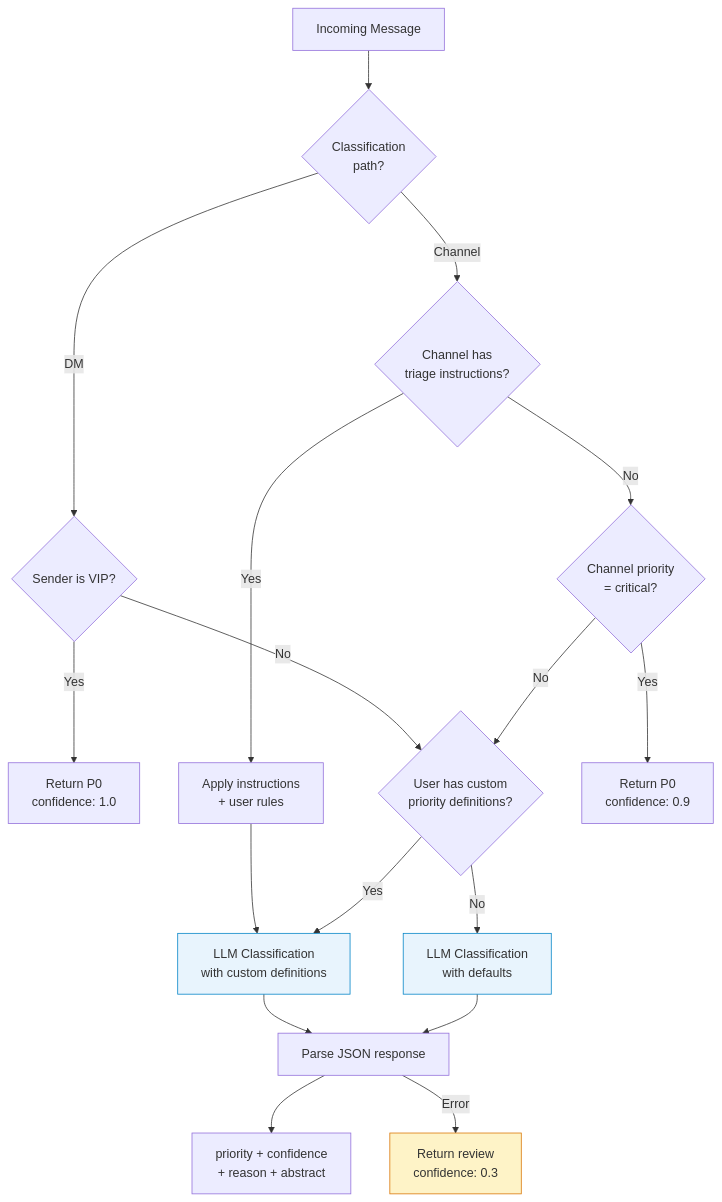
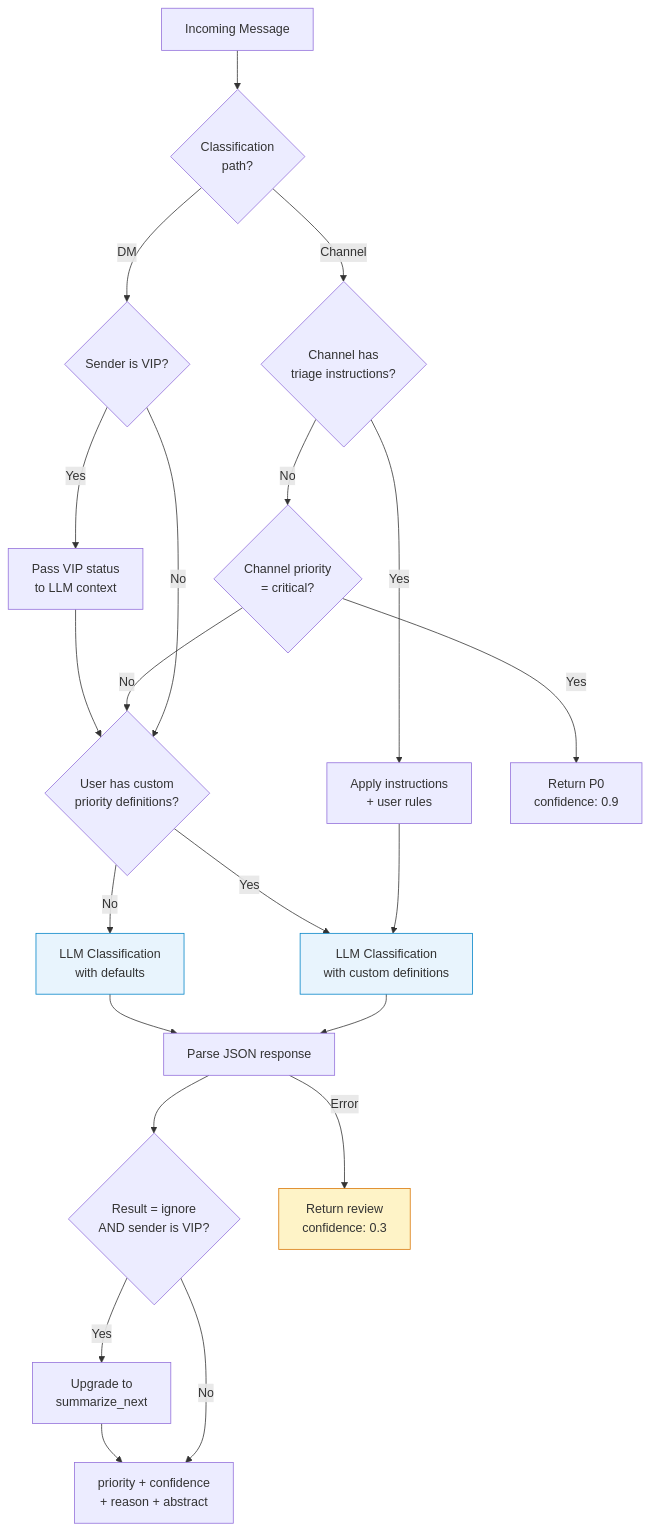
Before and after one commit to tekkno89/alfred-pa: the second of 8 diagrams in .claude/diagrams/triage-flow.md, drawn with Mermaid. The commit also changed 2 other files, not shown here.

Commit message:
feat(triage): add VIP floor logic - upgrade ignore to summarize_next
VIP senders are now guaranteed attention: when a VIP sender's message
would be classified as 'ignore', it is automatically upgraded to
'summarize_next'. This ensures important contacts are never ignored.

````diff
--- a/.claude/diagrams/triage-flow.md
+++ b/.claude/diagrams/triage-flow.md
@@ -44,23 +44,27 @@
 ```mermaid
 flowchart TD
     MSG[Incoming Message] --> PATH{Classification<br/>path?}
     PATH -->|DM| VIP{Sender is VIP?}
     PATH -->|Channel| INST{Channel has<br/>triage instructions?}
-    VIP -->|Yes| U1[Return P0<br/>confidence: 1.0]
+    VIP -->|Yes| VIPCTX[Pass VIP status<br/>to LLM context]
     VIP -->|No| CUST{User has custom<br/>priority definitions?}
     INST -->|Yes| GUIDE[Apply instructions<br/>+ user rules]
     INST -->|No| CPRI{Channel priority<br/>= critical?}
     CPRI -->|Yes| U2[Return P0<br/>confidence: 0.9]
     CPRI -->|No| CUST
     GUIDE --> LLM
+    VIPCTX --> CUST
     CUST -->|Yes| LLM[LLM Classification<br/>with custom definitions]
     CUST -->|No| LLM2[LLM Classification<br/>with defaults]
     LLM --> PARSE[Parse JSON response]
     LLM2 --> PARSE
-    PARSE --> RES[priority + confidence<br/>+ reason + abstract]
+    PARSE --> VIPFLOOR{Result = ignore<br/>AND sender is VIP?}
+    VIPFLOOR -->|Yes| UPGRADE[Upgrade to<br/>summarize_next]
+    VIPFLOOR -->|No| RES[priority + confidence<br/>+ reason + abstract]
+    UPGRADE --> RES
     PARSE -->|Error| FALLBACK[Return review<br/>confidence: 0.3]
 
     style LLM fill:#e8f4fd,stroke:#0284c7
     style LLM2 fill:#e8f4fd,stroke:#0284c7
     style FALLBACK fill:#fef3c7,stroke:#d97706
 ```
````
